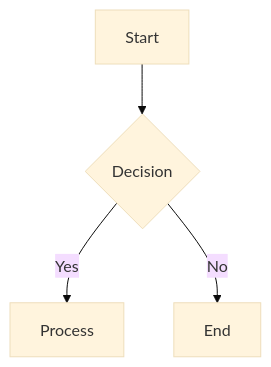
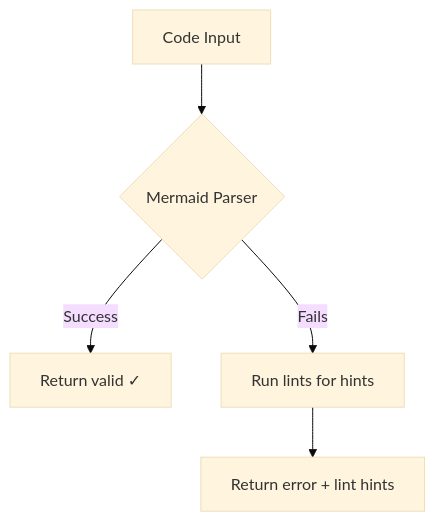
Before and after one commit to devhims/mermaid-agent: the diagram in README.md, drawn with Mermaid (base theme). The commit also changed other lines of this file and 13 other files, not shown here.

````diff
--- a/README.md
+++ b/README.md
@@ -137,6 +65,7 @@
 ```mermaid
 graph TD
-  A[Start] --> B{Decision}
-  B -->|Yes| C[Process]
-  B -->|No| D[End]
+    A[Code Input] --> B{Mermaid Parser}
+    B -->|Success| C[Return valid ✓]
+    B -->|Fails| D[Run lints for hints]
+    D --> E[Return error + lint hints]
 ```
````
